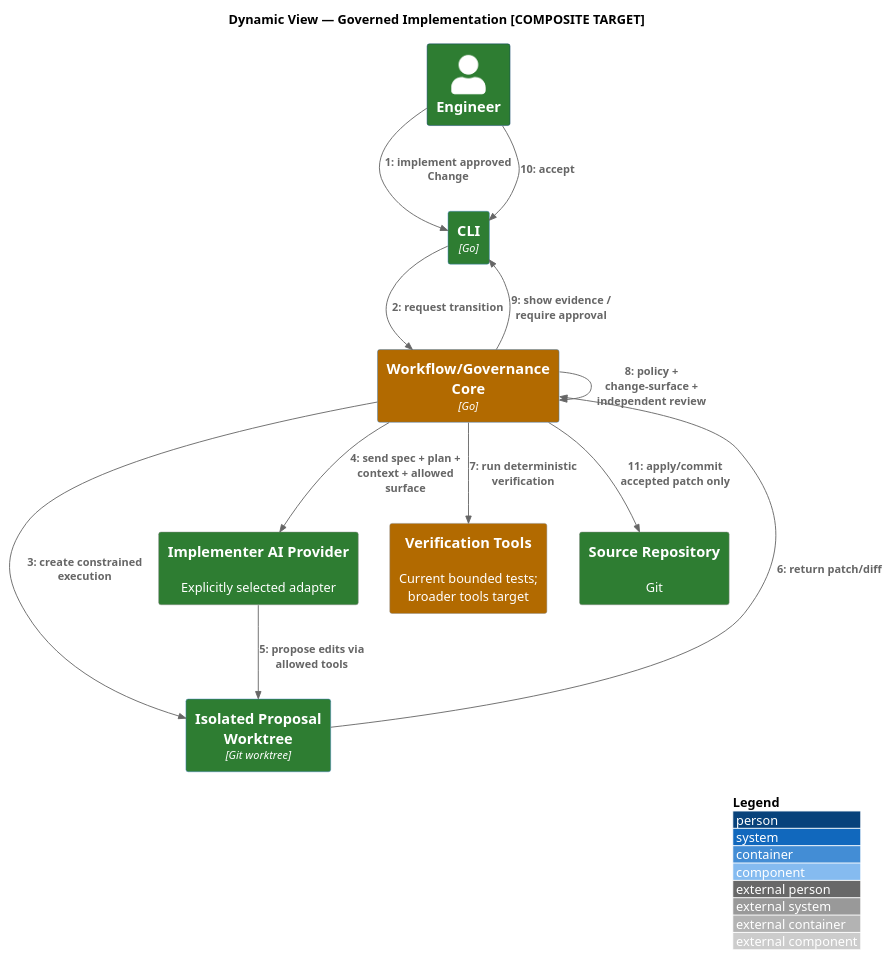
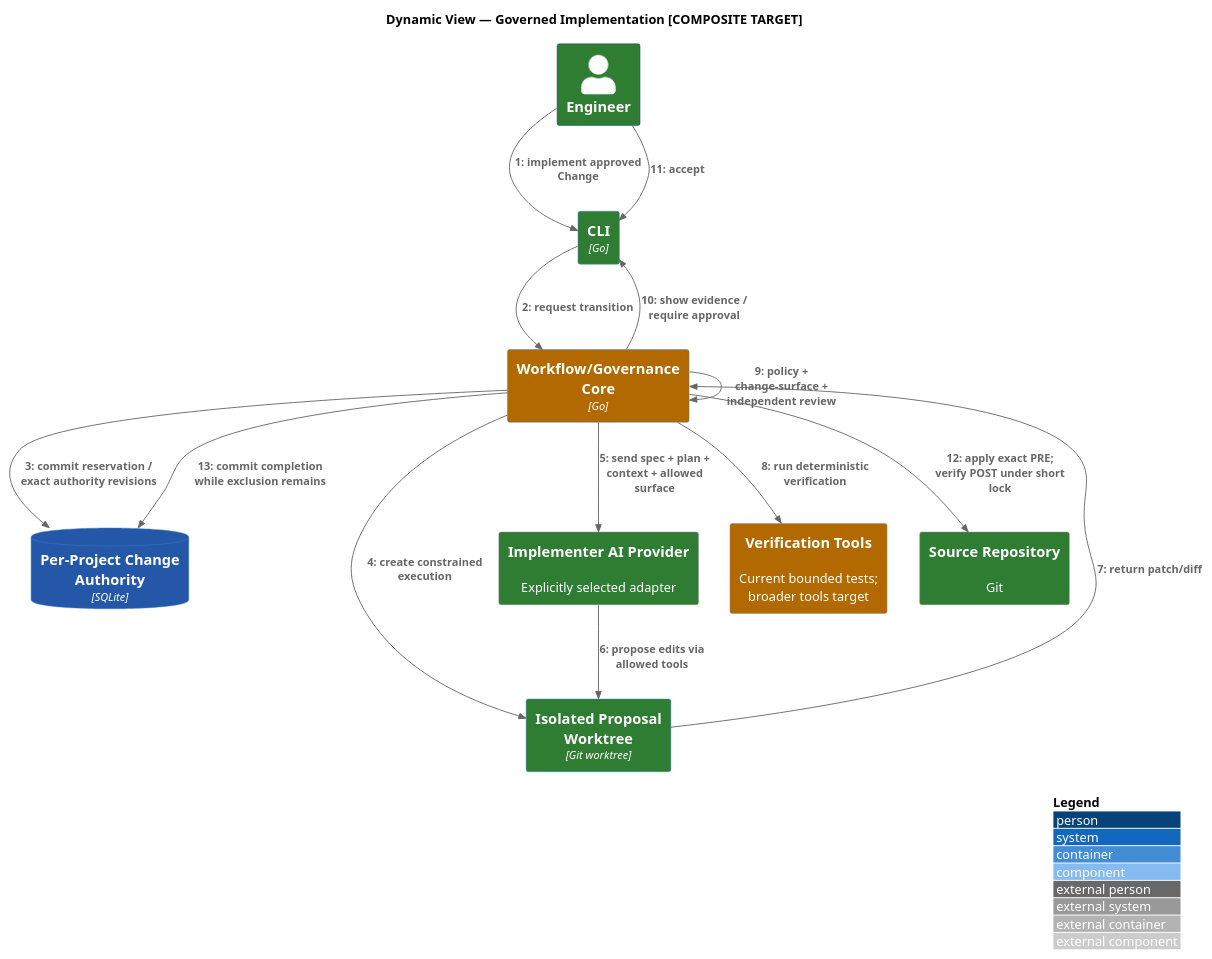
One commit to Eu-Pedro0ficial/praetor changed the diagram in docs/architecture/src/docs/arc42/diagrams/dynamic-change-execution.puml. Above: the diagram before and after it, drawn with PlantUML. The commit also changed 37 other files, not shown here.

Commit message:
docs(m1.1): establish durable change architecture authority

```diff
--- a/docs/architecture/src/docs/arc42/diagrams/dynamic-change-execution.puml
+++ b/docs/architecture/src/docs/arc42/diagrams/dynamic-change-execution.puml
@@ -1,26 +1,29 @@
 @startuml
 !include <C4/C4_Dynamic>
 AddElementTag("AS-IS", $bgColor="#2E7D32", $fontColor="#FFFFFF", $legendText="AS-IS")
 AddElementTag("PARTIAL", $bgColor="#B26A00", $fontColor="#FFFFFF", $legendText="PARTIAL")
 AddElementTag("TARGET", $bgColor="#2457A7", $fontColor="#FFFFFF", $legendText="TARGET")
 LAYOUT_WITH_LEGEND()
 title Dynamic View — Governed Implementation [COMPOSITE TARGET]
 Person(engineer, "Engineer", $tags="AS-IS")
 Container(cli, "CLI", "Go", $tags="AS-IS")
 Container(core, "Workflow/Governance Core", "Go", $tags="PARTIAL")
+ContainerDb(changeStore, "Per-Project Change Authority", "SQLite", $tags="TARGET")
 Container(sandbox, "Isolated Proposal Worktree", "Git worktree", $tags="AS-IS")
 System_Ext(ai, "Implementer AI Provider", "Explicitly selected adapter", $tags="AS-IS")
 System_Ext(tools, "Verification Tools", "Current bounded tests; broader tools target", $tags="PARTIAL")
 System_Ext(src, "Source Repository", "Git", $tags="AS-IS")
 RelIndex(1, engineer, cli, "implement approved Change")
 RelIndex(2, cli, core, "request transition")
-RelIndex(3, core, sandbox, "create constrained execution")
-RelIndex(4, core, ai, "send spec + plan + context + allowed surface")
-RelIndex(5, ai, sandbox, "propose edits via allowed tools")
-RelIndex(6, sandbox, core, "return patch/diff")
-RelIndex(7, core, tools, "run deterministic verification")
-RelIndex(8, core, core, "policy + change-surface + independent review")
-RelIndex(9, core, cli, "show evidence / require approval")
-RelIndex(10, engineer, cli, "accept")
-RelIndex(11, core, src, "apply/commit accepted patch only")
+RelIndex(3, core, changeStore, "commit reservation / exact authority revisions")
+RelIndex(4, core, sandbox, "create constrained execution")
+RelIndex(5, core, ai, "send spec + plan + context + allowed surface")
+RelIndex(6, ai, sandbox, "propose edits via allowed tools")
+RelIndex(7, sandbox, core, "return patch/diff")
+RelIndex(8, core, tools, "run deterministic verification")
+RelIndex(9, core, core, "policy + change-surface + independent review")
+RelIndex(10, core, cli, "show evidence / require approval")
+RelIndex(11, engineer, cli, "accept")
+RelIndex(12, core, src, "apply exact PRE; verify POST under short lock")
+RelIndex(13, core, changeStore, "commit completion while exclusion remains")
 @enduml
```
